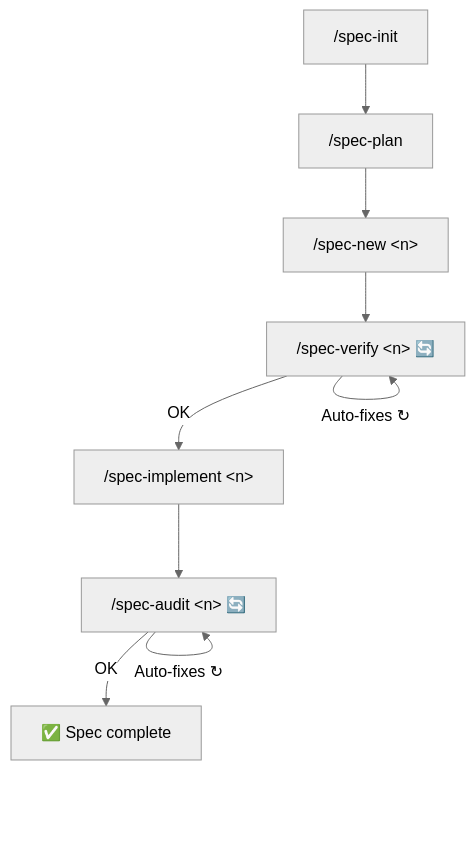
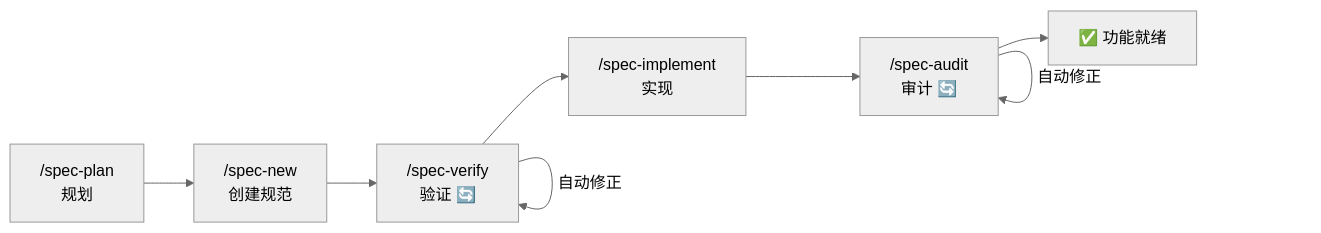
Before and after one commit to andrelncampos/dscode-public: the diagram in docs/i18n/README.zh-Hans.md, drawn with Mermaid (neutral theme). The commit also changed other lines of this file and 4 other files, not shown here.

````diff
--- a/docs/i18n/README.zh-Hans.md
+++ b/docs/i18n/README.zh-Hans.md
@@ -418,11 +33,10 @@
 ```mermaid
-flowchart TD
-    INIT["/spec-init"] --> PLAN["/spec-plan"]
-    PLAN --> NEW["/spec-new &lt;n&gt;"]
-    NEW --> VERIFY["/spec-verify &lt;n&gt; 🔄"]
-    VERIFY -->|OK| IMPL["/spec-implement &lt;n&gt;"]
-    VERIFY -->|"Auto-fixes ↻"| VERIFY
-    IMPL --> AUDIT["/spec-audit &lt;n&gt; 🔄"]
-    AUDIT -->|OK| DONE[✅ Spec complete]
-    AUDIT -->|"Auto-fixes ↻"| AUDIT
+flowchart LR
+    P["/spec-plan<br/>规划"] --> N["/spec-new<br/>创建规范"]
+    N --> V["/spec-verify<br/>验证 🔄"]
+    V -->|"自动修正"| V
+    V --> I["/spec-implement<br/>实现"]
+    I --> A["/spec-audit<br/>审计 🔄"]
+    A -->|"自动修正"| A
+    A --> D[✅ 功能就绪]
 ```
````
